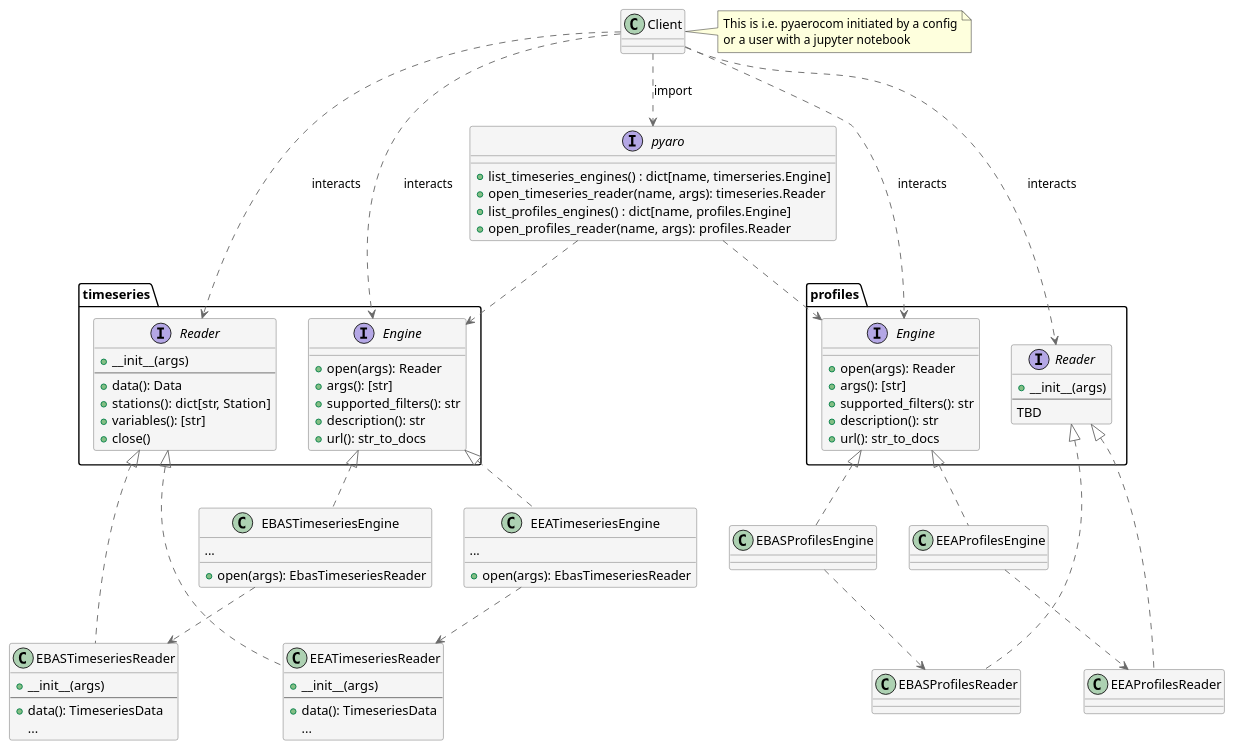
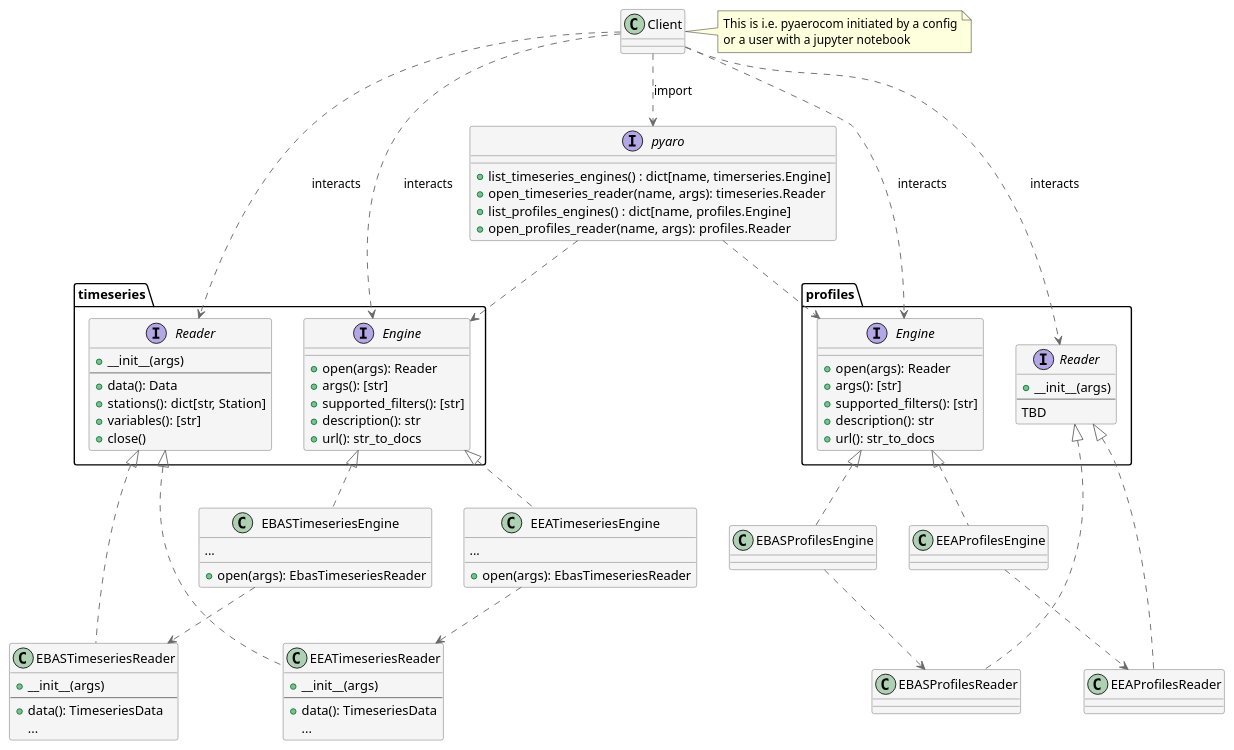
The diagram in docs/puml/ReaderFactory.puml (metno/pyaro), drawn with PlantUML before and after one commit.

Commit message:
adding supported_filtes

```diff
--- a/docs/puml/ReaderFactory.puml
+++ b/docs/puml/ReaderFactory.puml
@@ -1,114 +1,114 @@
 @startuml
 
 skinparam class {
   backgroundColor whitesmoke
   arrowColor dimgrey
   borderColor dimgrey
 }
 
 ' Abstract Factory Patter
 ' Factory -> MeasurementNetwork
 
 class Client
 note right of Client
 This is i.e. pyaerocom initiated by a config
 or a user with a jupyter notebook
 end note
 
 interface pyaro {
   + list_timeseries_engines() : dict[name, timerseries.Engine]
   + open_timeseries_reader(name, args): timeseries.Reader
   + list_profiles_engines() : dict[name, profiles.Engine]
   + open_profiles_reader(name, args): profiles.Reader
 }
 
 interface timeseries.Engine {
   + open(args): Reader
   + args(): [str]
-  + supported_filters(): str
+  + supported_filters(): [str]
   + description(): str
   + url(): str_to_docs
 }
 
 class EBASTimeseriesEngine {
   + open(args): EbasTimeseriesReader
   ...
 }
 
 class EEATimeseriesEngine {
   + open(args): EbasTimeseriesReader
   ...
 }
 
 interface timeseries.Reader {
   + __init__(args)
   --
   + data(): Data
   + stations(): dict[str, Station]
   + variables(): [str]
   + close()
 }
 
 class EBASTimeseriesReader {
   + __init__(args)
   --
   + data(): TimeseriesData
   ...
 }
 
 class EEATimeseriesReader {
   + __init__(args)
   --
   + data(): TimeseriesData
   ...
 }
 
 interface profiles.Engine {
   + open(args): Reader
   + args(): [str]
-  + supported_filters(): str
+  + supported_filters(): [str]
   + description(): str
   + url(): str_to_docs
 }
 
 interface profiles.Reader {
   + __init__(args)
   --
   TBD
 }
 
 class EBASProfilesReader {
 }
 
 class EEAProfilesReader {
 }
 
 timeseries.Engine <|.. EBASTimeseriesEngine
 timeseries.Engine <|.. EEATimeseriesEngine
 
 timeseries.Reader <|.. EBASTimeseriesReader
 timeseries.Reader <|.. EEATimeseriesReader
 
 profiles.Engine <|.. EBASProfilesEngine
 profiles.Engine <|.. EEAProfilesEngine
 
 profiles.Reader <|.. EBASProfilesReader
 profiles.Reader <|.. EEAProfilesReader
 
 
 EEAProfilesEngine ..> EEAProfilesReader
 EEATimeseriesEngine ..> EEATimeseriesReader
 
 EBASProfilesEngine ..> EBASProfilesReader
 EBASTimeseriesEngine ..> EBASTimeseriesReader
 
 Client ..> pyaro: import
 pyaro ..> timeseries.Engine
 pyaro ..> profiles.Engine
 Client ..> timeseries.Engine: interacts
 Client ..> timeseries.Reader : interacts
 Client ..> profiles.Engine : interacts
 Client ..> profiles.Reader : interacts
 
 
 @enduml
```
